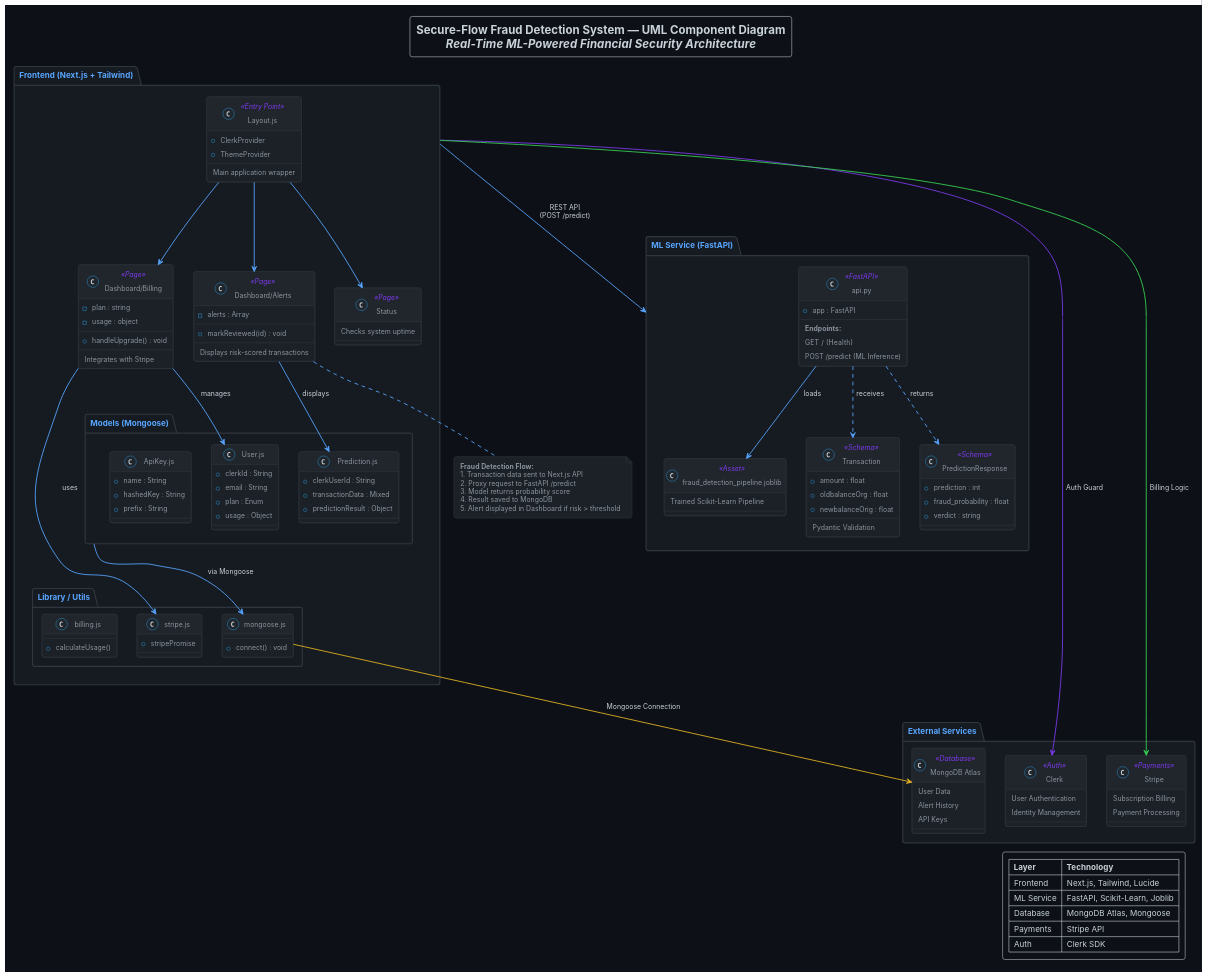
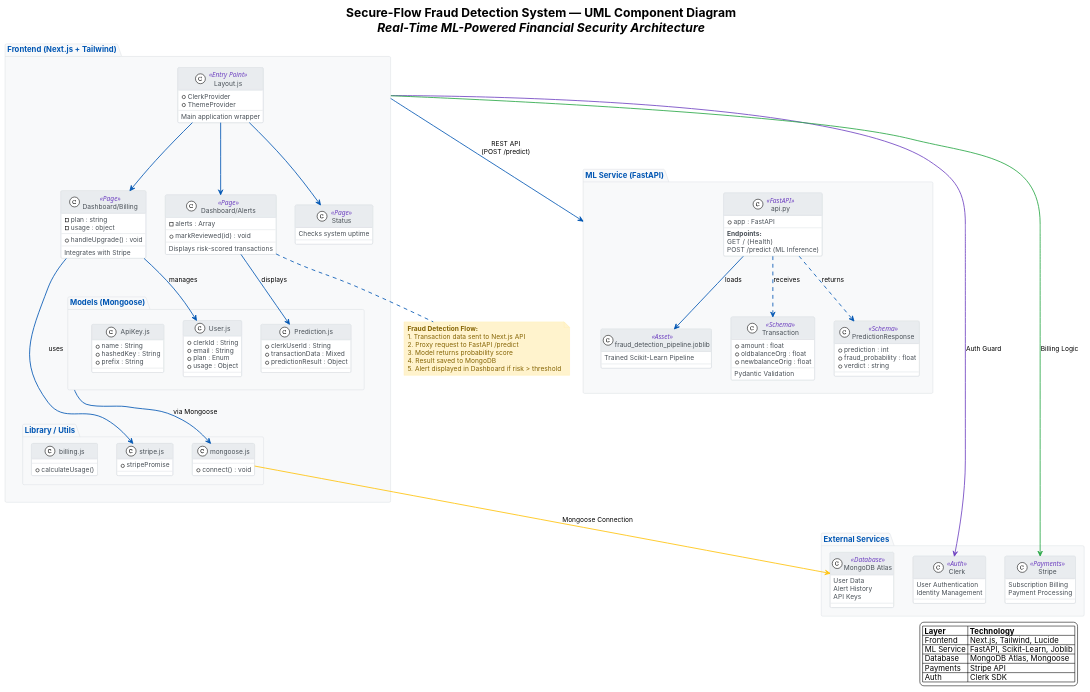
The diagram in architecture.puml (Sreenu-y/Secure-Flow), drawn with PlantUML before and after one commit. The commit also changed 3 other files, not shown here.

```diff
--- a/architecture.puml
+++ b/architecture.puml
@@ -1,199 +1,199 @@
 @startuml Secure-Flow-Architecture
-!theme cerulean
-skinparam backgroundColor #0d1117
-skinparam defaultFontColor #c9d1d9
+!theme plain
+skinparam backgroundColor #FFFFFF
+skinparam defaultFontColor #000000
 skinparam defaultFontName "Inter", sans-serif
 skinparam defaultFontSize 12
-skinparam ArrowColor #58a6ff
+skinparam ArrowColor #0056b3
 skinparam ArrowThickness 1.5
 
 skinparam package {
-    BackgroundColor #161b22
-    BorderColor #30363d
-    FontColor #58a6ff
+    BackgroundColor #F8F9FA
+    BorderColor #dee2e6
+    FontColor #0056b3
     FontSize 14
     FontStyle bold
 }
 
 skinparam class {
-    BackgroundColor #1c2128
-    BorderColor #30363d
-    HeaderBackgroundColor #21262d
-    FontColor #c9d1d9
-    AttributeFontColor #8b949e
-    StereotypeFontColor #7c3aed
+    BackgroundColor #FFFFFF
+    BorderColor #dee2e6
+    HeaderBackgroundColor #E9ECEF
+    FontColor #212529
+    AttributeFontColor #495057
+    StereotypeFontColor #6f42c1
 }
 
 skinparam note {
-    BackgroundColor #1c2128
-    BorderColor #30363d
-    FontColor #8b949e
+    BackgroundColor #FFF3CD
+    BorderColor #FFEEBA
+    FontColor #856404
 }
 
 title **Secure-Flow Fraud Detection System — UML Component Diagram**\n//Real-Time ML-Powered Financial Security Architecture//
 
 ' ══════════════════════════════════════════════════════
 '  FRONTEND LAYER (Next.js)
 ' ══════════════════════════════════════════════════════
 
-package "Frontend (Next.js + Tailwind)" as FE #161b22 {
+package "Frontend (Next.js + Tailwind)" as FE #F8F9FA {
 
     class "Layout.js" as Layout <<Entry Point>> {
         + ClerkProvider
         + ThemeProvider
         --
         Main application wrapper
     }
 
     class "Dashboard/Alerts" as AlertsPage <<Page>> {
         - alerts : Array
         --
         + markReviewed(id) : void
         --
         Displays risk-scored transactions
     }
 
     class "Dashboard/Billing" as BillingPage <<Page>> {
         - plan : string
         - usage : object
         --
         + handleUpgrade() : void
         --
         Integrates with Stripe
     }
 
     class "Status" as StatusPage <<Page>> {
         Checks system uptime
     }
 
     package "Models (Mongoose)" as Models {
         class "User.js" as User {
             + clerkId : String
             + email : String
             + plan : Enum
             + usage : Object
         }
         class "Prediction.js" as Prediction {
             + clerkUserId : String
             + transactionData : Mixed
             + predictionResult : Object
         }
         class "ApiKey.js" as ApiKey {
             + name : String
             + hashedKey : String
             + prefix : String
         }
     }
 
     package "Library / Utils" as Lib {
         class "mongoose.js" as DBConn {
             + connect() : void
         }
         class "stripe.js" as StripeLib {
             + stripePromise
         }
         class "billing.js" as BillingUtils {
             + calculateUsage()
         }
     }
 
     Layout --> AlertsPage
     Layout --> BillingPage
     Layout --> StatusPage
     AlertsPage --> Prediction : displays
     BillingPage --> User : manages
     BillingPage --> StripeLib : uses
     Models --> DBConn : via Mongoose
 }
 
 ' ══════════════════════════════════════════════════════
 '  ML BACKEND LAYER (FastAPI)
 ' ══════════════════════════════════════════════════════
 
-package "ML Service (FastAPI)" as BE #161b22 {
+package "ML Service (FastAPI)" as BE #F8F9FA {
 
     class "api.py" as APIApp <<FastAPI>> {
         + app : FastAPI
         --
         **Endpoints:**
         GET  / (Health)
         POST /predict (ML Inference)
     }
 
     class "fraud_detection_pipeline.joblib" as Model <<Asset>> {
         Trained Scikit-Learn Pipeline
     }
 
     class "Transaction" as TxnPydantic <<Schema>> {
         + amount : float
         + oldbalanceOrg : float
         + newbalanceOrig : float
         --
         Pydantic Validation
     }
 
     class "PredictionResponse" as RespPydantic <<Schema>> {
         + prediction : int
         + fraud_probability : float
         + verdict : string
     }
 
     APIApp --> Model : loads
     APIApp ..> TxnPydantic : receives
     APIApp ..> RespPydantic : returns
 }
 
 ' ══════════════════════════════════════════════════════
 '  EXTERNAL SERVICES
 ' ══════════════════════════════════════════════════════
 
-package "External Services" as EXT #161b22 {
+package "External Services" as EXT #F8F9FA {
 
     class "Clerk" as Clerk <<Auth>> {
         User Authentication
         Identity Management
     }
 
     class "Stripe" as Stripe <<Payments>> {
         Subscription Billing
         Payment Processing
     }
 
     class "MongoDB Atlas" as Mongo <<Database>> {
         User Data
         Alert History
         API Keys
     }
 }
 
 ' ══════════════════════════════════════════════════════
 '  RELATIONSHIPS
 ' ══════════════════════════════════════════════════════
 
-FE -[#58a6ff]-> BE : REST API\n(POST /predict)
-FE -[#7c3aed]-> Clerk : Auth Guard
-FE -[#39d353]-> Stripe : Billing Logic
-DBConn -[#e6b422]-> Mongo : Mongoose Connection
+FE -[#0056b3]-> BE : REST API\n(POST /predict)
+FE -[#6f42c1]-> Clerk : Auth Guard
+FE -[#28a745]-> Stripe : Billing Logic
+DBConn -[#ffc107]-> Mongo : Mongoose Connection
 
 ' ══════════════════════════════════════════════════════
 '  DATA FLOW NOTES
 ' ══════════════════════════════════════════════════════
 
 note bottom of AlertsPage
   **Fraud Detection Flow:**
   1. Transaction data sent to Next.js API
   2. Proxy request to FastAPI /predict
   3. Model returns probability score
   4. Result saved to MongoDB
   5. Alert displayed in Dashboard if risk > threshold
 end note
 
 legend right
   |= Layer |= Technology |
   | Frontend | Next.js, Tailwind, Lucide |
   | ML Service | FastAPI, Scikit-Learn, Joblib |
   | Database | MongoDB Atlas, Mongoose |
   | Payments | Stripe API |
   | Auth | Clerk SDK |
 endlegend
 @enduml
```
